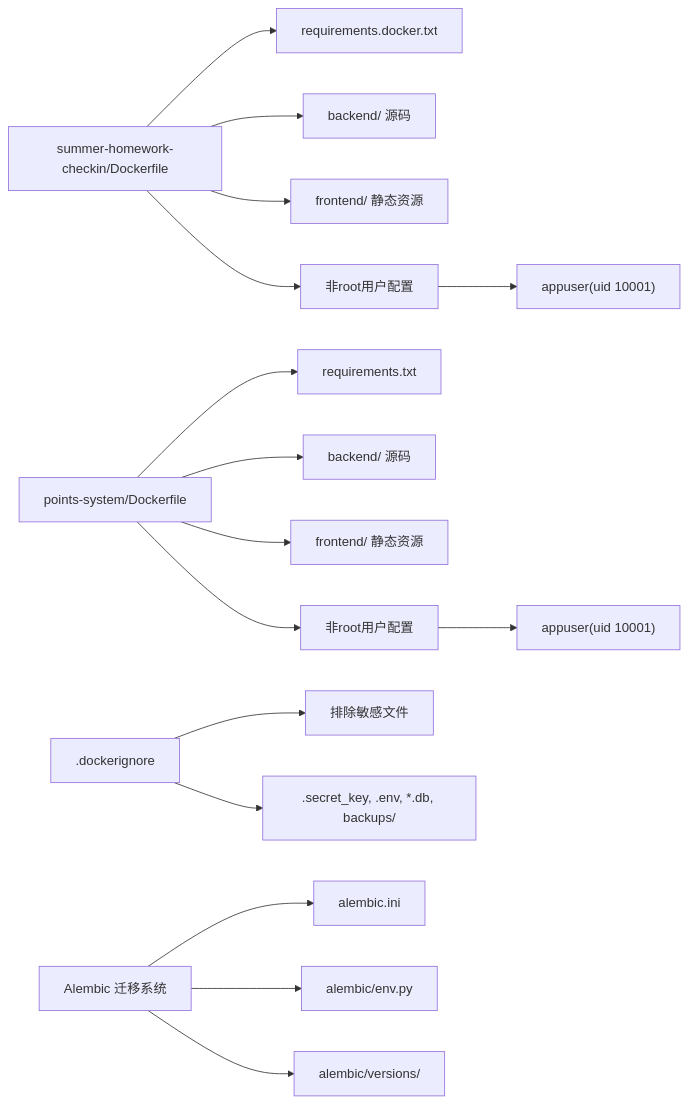
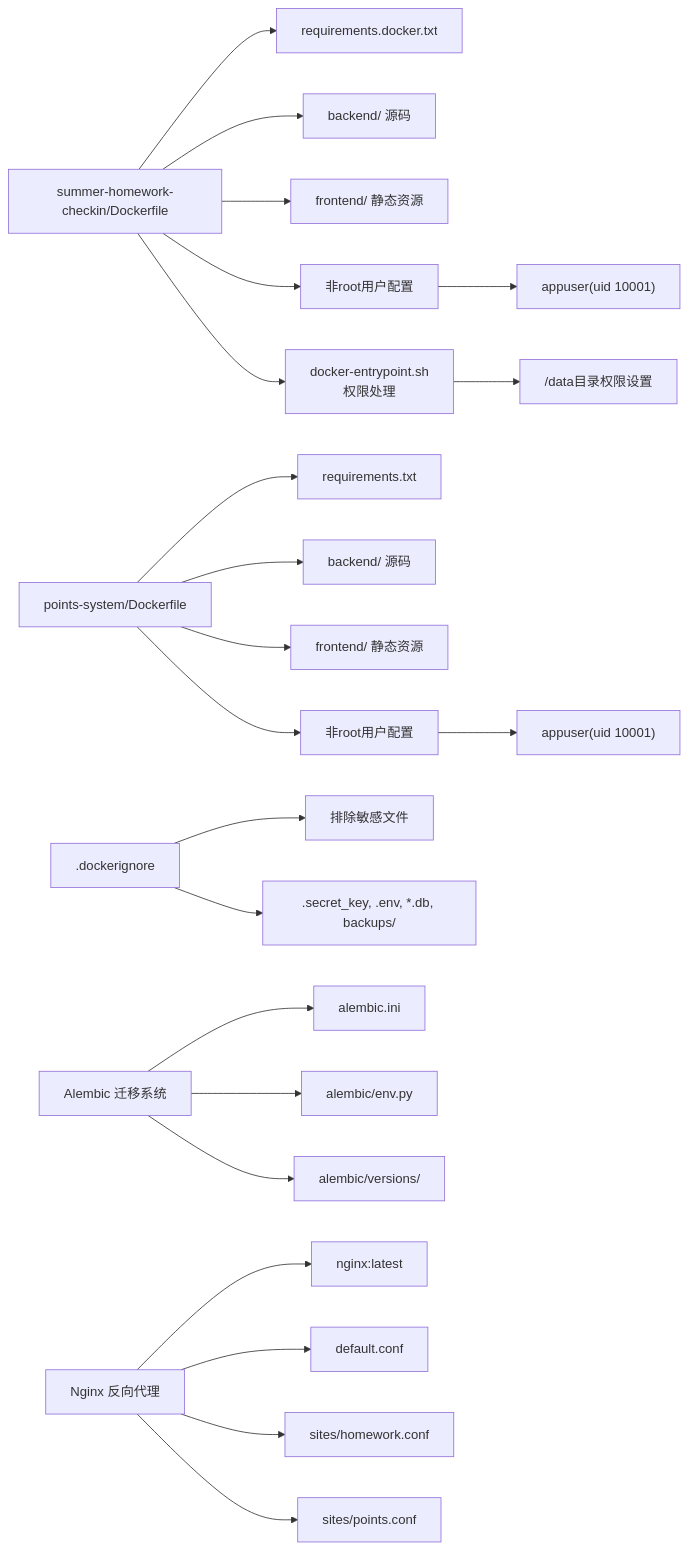
One commit to onebody/homework changed the sixth of 6 diagrams in .qoder/repowiki/zh/content/部署与运维指南/Docker容器化部署.md. Above: the diagram before and after it, drawn with Mermaid. The commit also changed other lines of this file and 6 other files, not shown here.

````diff
--- a/.qoder/repowiki/zh/content/部署与运维指南/Docker容器化部署.md
+++ b/.qoder/repowiki/zh/content/部署与运维指南/Docker容器化部署.md
@@ -305,18 +406,24 @@
 ```mermaid
 graph LR
 A["summer-homework-checkin/Dockerfile"] --> B["requirements.docker.txt"]
 A --> C["backend/ 源码"]
 A --> D["frontend/ 静态资源"]
 A --> E["非root用户配置"]
 E --> F["appuser(uid 10001)"]
-G["points-system/Dockerfile"] --> H["requirements.txt"]
-G --> I["backend/ 源码"]
-G --> J["frontend/ 静态资源"]
-G --> K["非root用户配置"]
-K --> L["appuser(uid 10001)"]
-M[".dockerignore"] --> N["排除敏感文件"]
-M --> O[".secret_key, .env, *.db, backups/"]
-P["Alembic 迁移系统"] --> Q["alembic.ini"]
-P --> R["alembic/env.py"]
-P --> S["alembic/versions/"]
+A --> G["docker-entrypoint.sh<br/>权限处理"]
+G --> H["/data目录权限设置"]
+I["points-system/Dockerfile"] --> J["requirements.txt"]
+I --> K["backend/ 源码"]
+I --> L["frontend/ 静态资源"]
+I --> M["非root用户配置"]
+M --> N["appuser(uid 10001)"]
+O[".dockerignore"] --> P["排除敏感文件"]
+O --> Q[".secret_key, .env, *.db, backups/"]
+R["Alembic 迁移系统"] --> S["alembic.ini"]
+R --> T["alembic/env.py"]
+R --> U["alembic/versions/"]
+V["Nginx 反向代理"] --> W["nginx:latest"]
+V --> X["default.conf"]
+V --> Y["sites/homework.conf"]
+V --> Z["sites/points.conf"]
 ```
````
